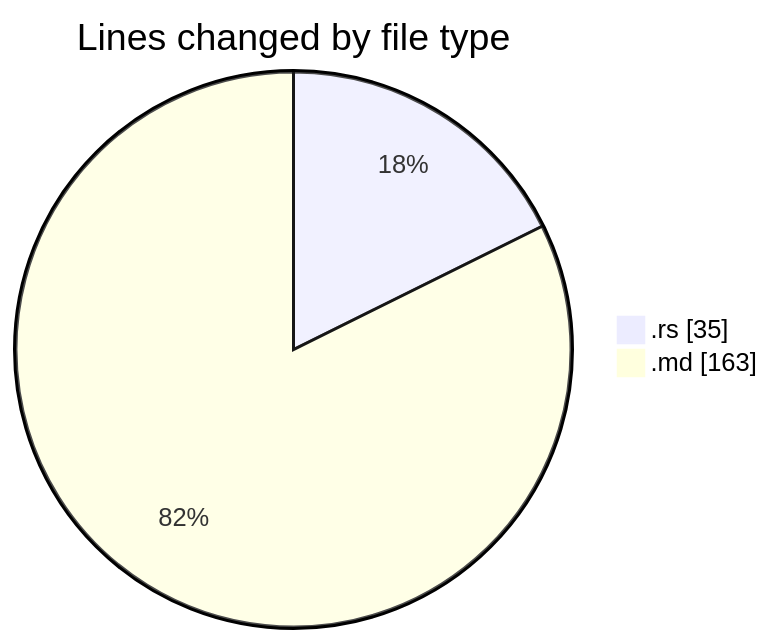
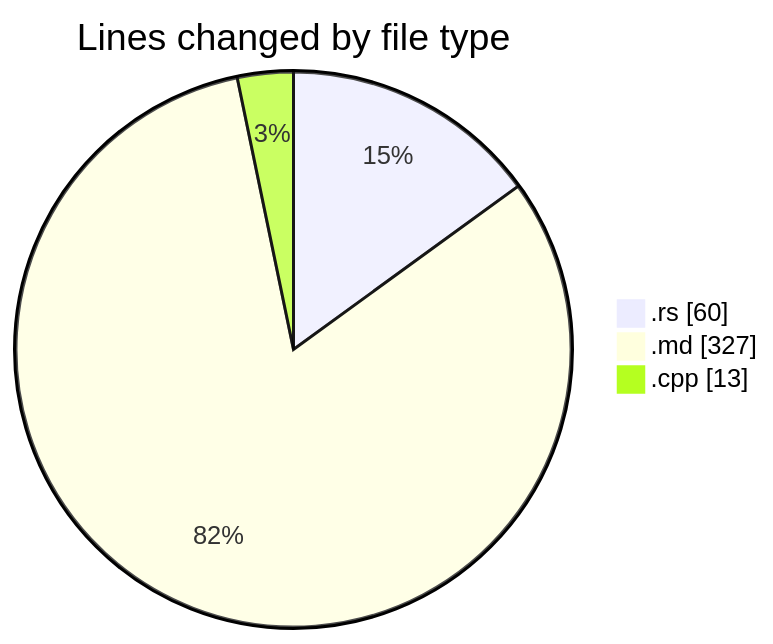
Before and after one commit to ernivani/code-tracking: the first of 2 diagrams in 2025-01-03/leetcode-solutions/README.md, drawn with Mermaid. The commit also changed other lines of this file and 6 other files, not shown here.

````diff
--- a/2025-01-03/leetcode-solutions/README.md
+++ b/2025-01-03/leetcode-solutions/README.md
@@ -22,6 +24,7 @@
 ```mermaid
 pie showData
 title Lines changed by file type
-".rs" : 35
-".md" : 163
+".rs" : 60
+".md" : 327
+".cpp" : 13
 ```
````
